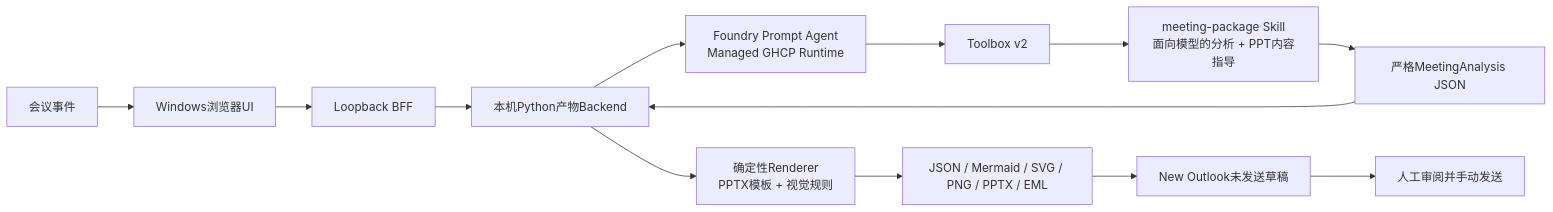
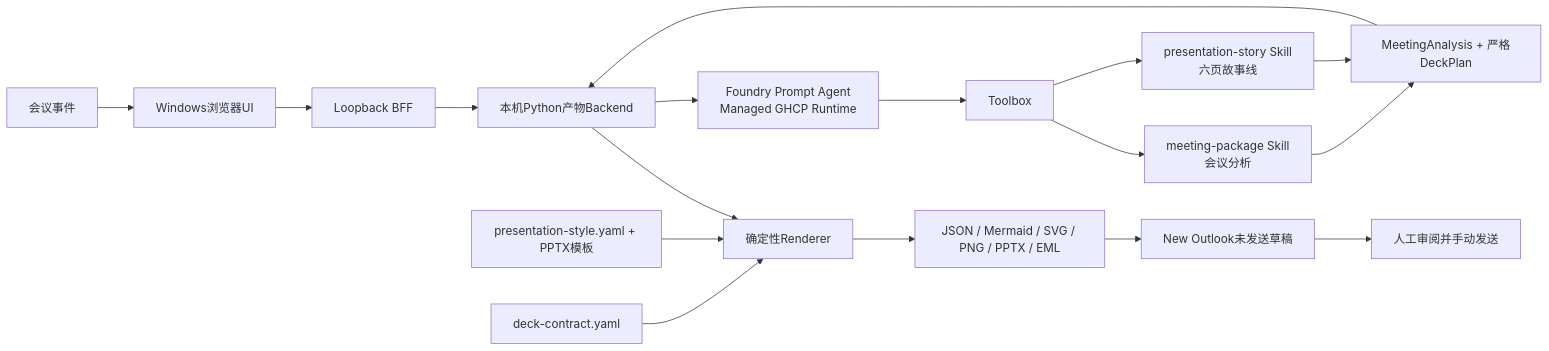
The diagram in Agents/Meeting-Agent/managed-agent/docs/MANAGED-IMPLEMENTATION-CN.md (david-xinyuwei/david-share), drawn with Mermaid before and after one commit. The commit also changed other lines of this file and 48 other files, not shown here.

Commit message:
feat(meeting-agent): decouple presentation planning and style

````diff
--- a/Agents/Meeting-Agent/managed-agent/docs/MANAGED-IMPLEMENTATION-CN.md
+++ b/Agents/Meeting-Agent/managed-agent/docs/MANAGED-IMPLEMENTATION-CN.md
@@ -122,15 +124,19 @@
 ```mermaid
 flowchart LR
     E[会议事件] --> UI[Windows浏览器UI]
     UI --> BFF[Loopback BFF]
     BFF --> API[本机Python产物Backend]
   API --> MA[Foundry Prompt Agent\nManaged GHCP Runtime]
-  MA --> TB[Toolbox v2]
-  TB --> S[meeting-package Skill\n面向模型的分析 + PPT内容指导]
-  S --> J[严格MeetingAnalysis JSON]
+  MA --> TB[Toolbox]
+  TB --> S1[meeting-package Skill\n会议分析]
+  TB --> S2[presentation-story Skill\n六页故事线]
+  S1 --> J[MeetingAnalysis + 严格DeckPlan]
+  S2 --> J
   J --> API
-  API --> R[确定性Renderer\nPPTX模板 + 视觉规则]
+  C[deck-contract.yaml] --> R[确定性Renderer]
+  V[presentation-style.yaml + PPTX模板] --> R
+  API --> R
   R --> A[JSON / Mermaid / SVG / PNG / PPTX / EML]
     A --> O[New Outlook未发送草稿]
     O --> H[人工审阅并手动发送]
 ```
````
